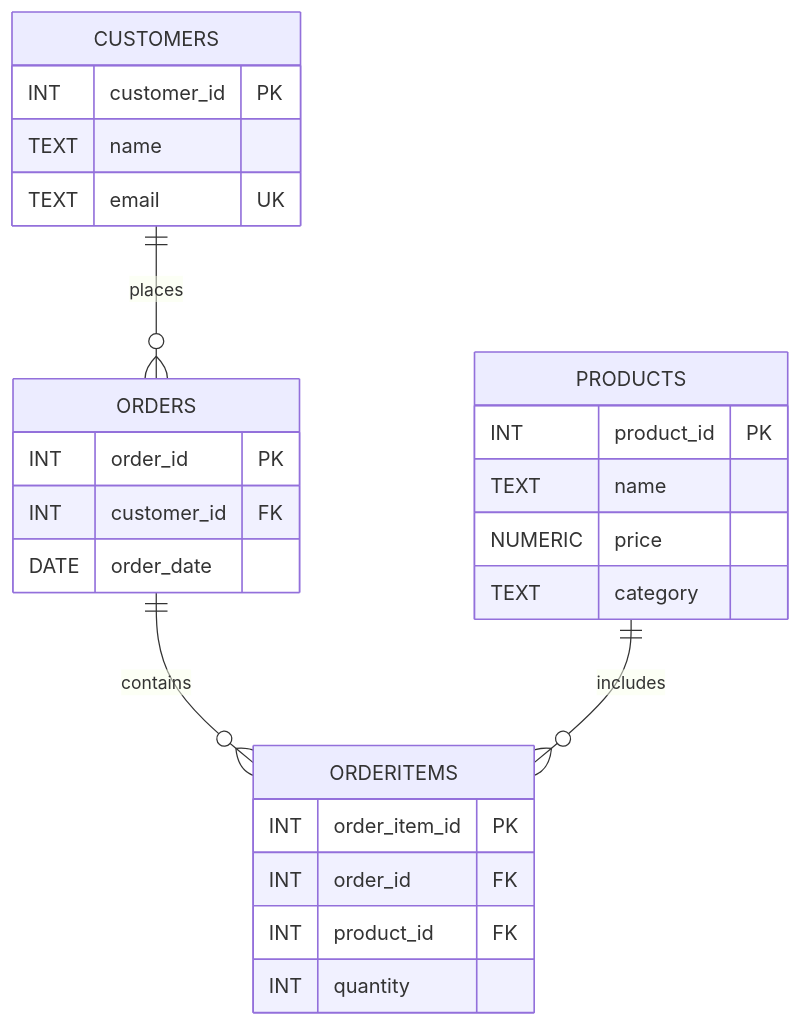
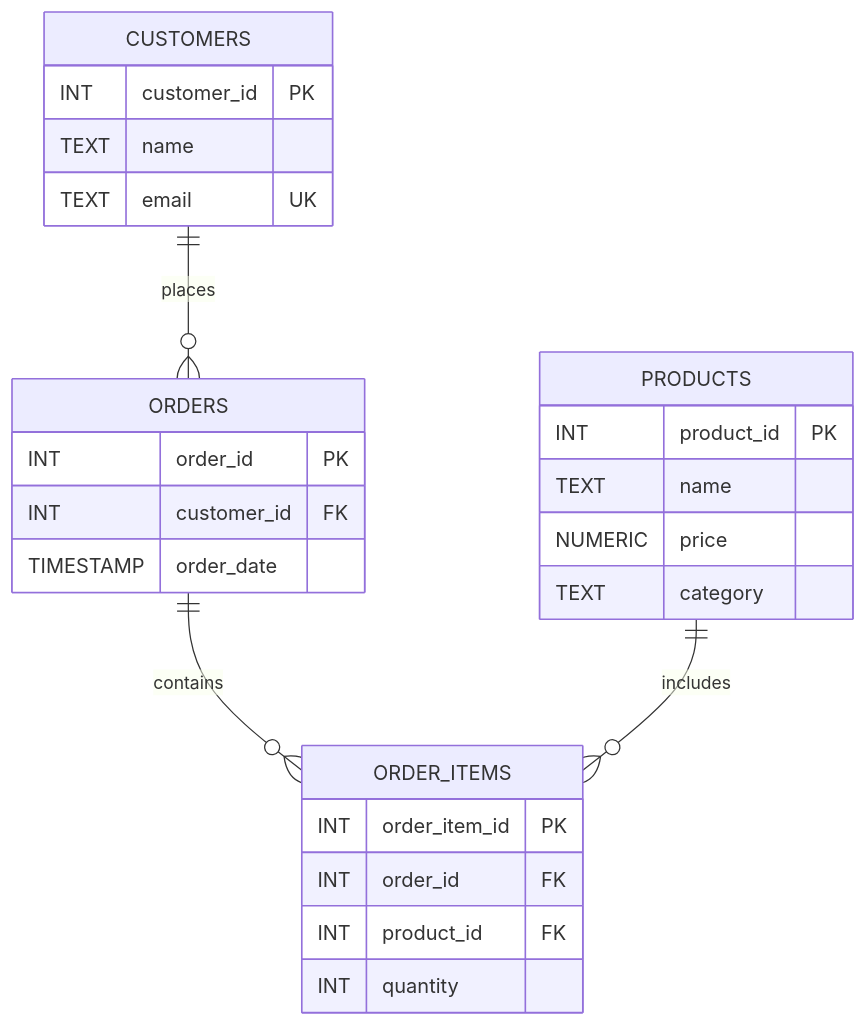
One commit to esodevops/bonga-ecommerce changed the diagram in README.md. Above: the diagram before and after it, drawn with Mermaid. The commit also changed other lines of this file and 5 other files, not shown here.

````diff
--- a/README.md
+++ b/README.md
@@ -29,32 +27,32 @@
 ```mermaid
 erDiagram
   PRODUCTS {
     INT product_id PK
     TEXT name
     NUMERIC price
     TEXT category
   }
 
   CUSTOMERS {
     INT customer_id PK
     TEXT name
     TEXT email UK
   }
 
   ORDERS {
     INT order_id PK
     INT customer_id FK
-    DATE order_date
+    TIMESTAMP order_date
   }
 
-  ORDERITEMS {
+  ORDER_ITEMS {
     INT order_item_id PK
     INT order_id FK
     INT product_id FK
     INT quantity
   }
 
   CUSTOMERS ||--o{ ORDERS : places
-  ORDERS ||--o{ ORDERITEMS : contains
-  PRODUCTS ||--o{ ORDERITEMS : includes
+  ORDERS ||--o{ ORDER_ITEMS : contains
+  PRODUCTS ||--o{ ORDER_ITEMS : includes
 ```
````
